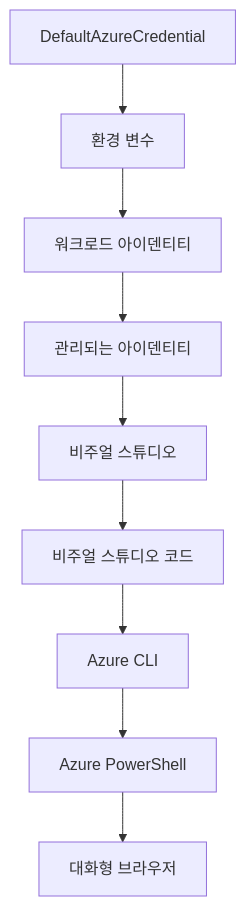
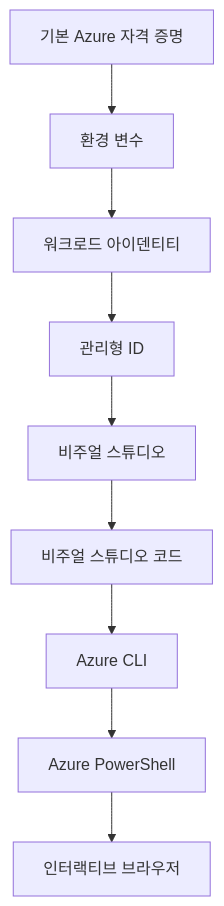
The second of 2 diagrams in translations/ko/docs/chapter-01-foundation/azd-basics.md (microsoft/AZD-for-beginners), drawn with Mermaid before and after one commit. The commit also changed other lines of this file and 101 other files, not shown here.

````diff
--- a/translations/ko/docs/chapter-01-foundation/azd-basics.md
+++ b/translations/ko/docs/chapter-01-foundation/azd-basics.md
@@ -593,11 +593,11 @@
 ```mermaid
 graph TD
-    A[DefaultAzureCredential] --> B[환경 변수]
+    A[기본 Azure 자격 증명] --> B[환경 변수]
     B --> C[워크로드 아이덴티티]
-    C --> D[관리되는 아이덴티티]
+    C --> D[관리형 ID]
     D --> E[비주얼 스튜디오]
     E --> F[비주얼 스튜디오 코드]
     F --> G[Azure CLI]
     G --> H[Azure PowerShell]
-    H --> I[대화형 브라우저]
+    H --> I[인터랙티브 브라우저]
 ```
````
